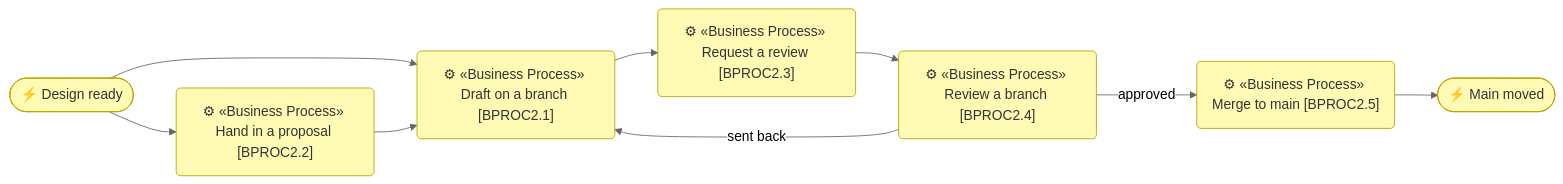
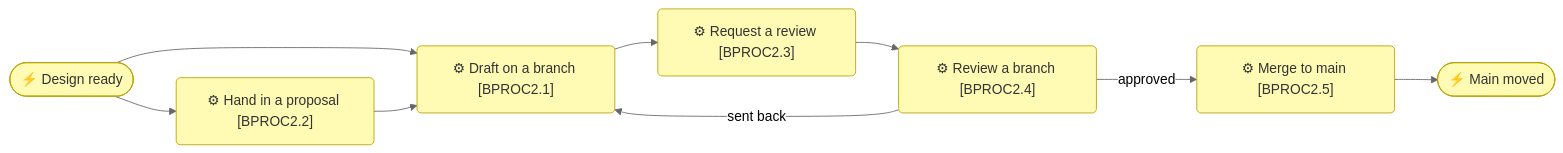
Before and after one commit to bocanegratqut/dbx-enterprise-architecture: the third of 4 diagrams in architecture/2_business/2_processes-and-services.md, drawn with Mermaid (neutral theme). The commit also changed other lines of this file and 25 other files, not shown here.

````diff
--- a/architecture/2_business/2_processes-and-services.md
+++ b/architecture/2_business/2_processes-and-services.md
@@ -11,20 +53,20 @@
 ```mermaid
 flowchart LR
   start(["⚡ Design ready"]):::business
-  p21("⚙ «Business Process» Draft on a branch [BPROC2.1]"):::business
-  p22("⚙ «Business Process» Hand in a proposal [BPROC2.2]"):::business
-  p23("⚙ «Business Process» Request a review [BPROC2.3]"):::business
-  p24("⚙ «Business Process» Review a branch [BPROC2.4]"):::business
-  p25("⚙ «Business Process» Merge to main [BPROC2.5]"):::business
+  p21("⚙ Draft on a branch [BPROC2.1]"):::business
+  p22("⚙ Hand in a proposal [BPROC2.2]"):::business
+  p23("⚙ Request a review [BPROC2.3]"):::business
+  p24("⚙ Review a branch [BPROC2.4]"):::business
+  p25("⚙ Merge to main [BPROC2.5]"):::business
   done(["⚡ Main moved"]):::business
   start --> p21
   start --> p22
   p22 --> p21
   p21 --> p23
   p23 --> p24
   p24 -->|approved| p25
   p24 -->|sent back| p21
   p25 --> done
 
   classDef business fill:#fffbb5,stroke:#b8a200,color:#333
 ```
````
